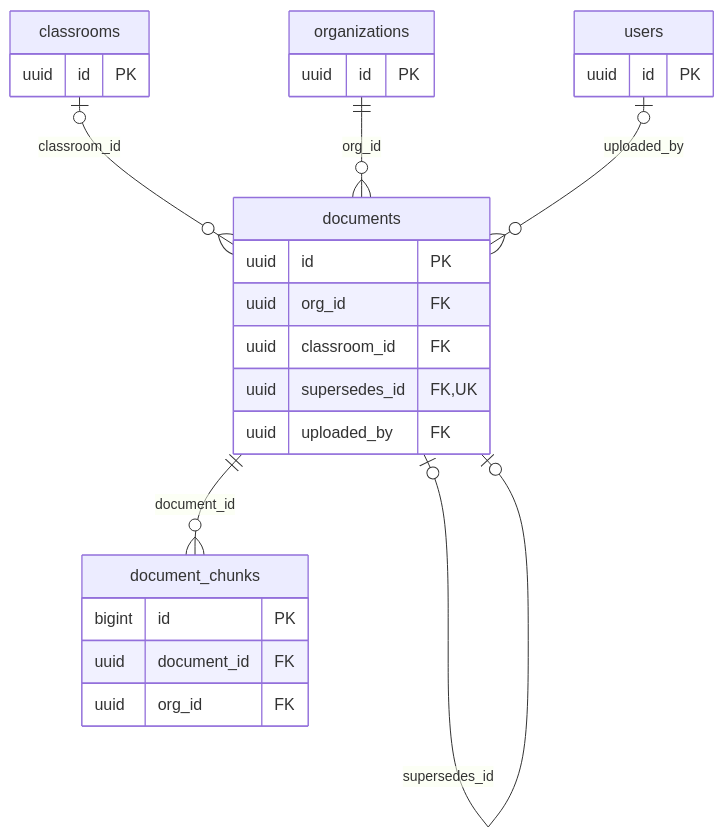
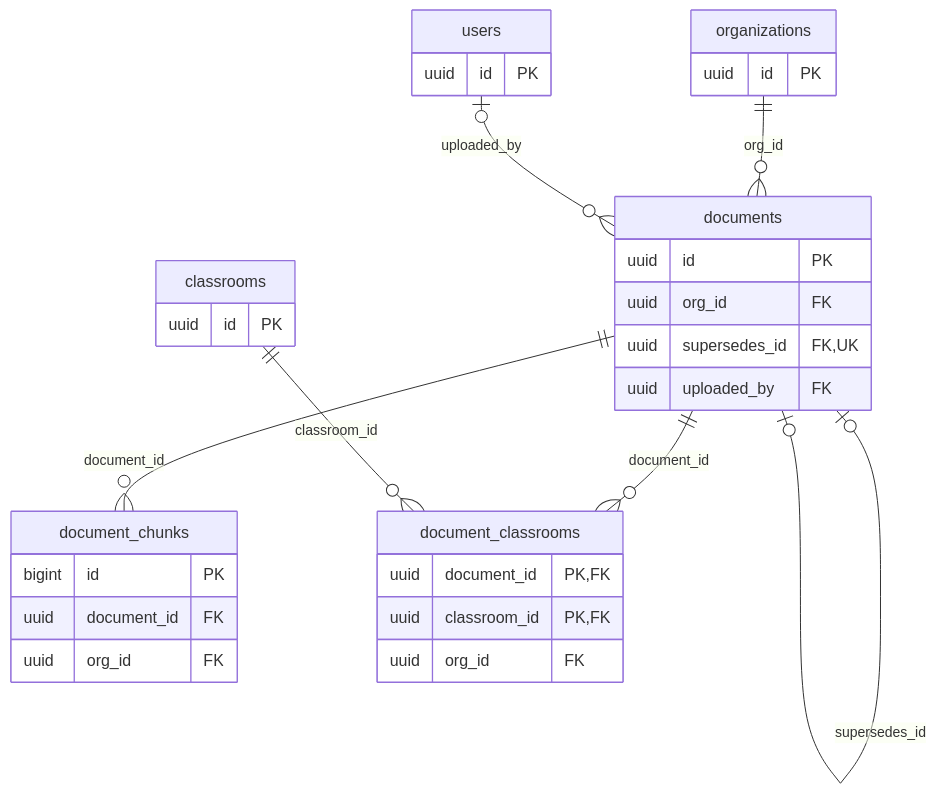
The third of 6 diagrams in Docs/Step2/DB_스키마_설계서.md (aio-final-2team/FinalProject_2Team), drawn with Mermaid before and after one commit. The commit also changed other lines of this file and 3 other files, not shown here.

Commit message:
docs: T09 v0.6 여러 반 대상 자료 — document_classrooms 연결 표와 검색 반 조건 (FB-003-2)

````diff
--- a/Docs/Step2/DB_스키마_설계서.md
+++ b/Docs/Step2/DB_스키마_설계서.md
@@ -107,13 +107,15 @@
 ```mermaid
 erDiagram
-    documents { uuid id PK uuid org_id FK uuid classroom_id FK uuid supersedes_id FK, UK uuid uploaded_by FK }
+    documents { uuid id PK uuid org_id FK uuid supersedes_id FK, UK uuid uploaded_by FK }
     document_chunks { bigint id PK uuid document_id FK uuid org_id FK }
+    document_classrooms { uuid document_id PK, FK uuid classroom_id PK, FK uuid org_id FK }
     classrooms { uuid id PK }
     organizations { uuid id PK }
     users { uuid id PK }
     documents ||--o{ document_chunks : "document_id"
-    classrooms |o--o{ documents : "classroom_id"
+    documents ||--o{ document_classrooms : "document_id"
+    classrooms ||--o{ document_classrooms : "classroom_id"
     organizations ||--o{ documents : "org_id"
     documents |o--o| documents : "supersedes_id"
     users |o--o{ documents : "uploaded_by"
 ```
````
